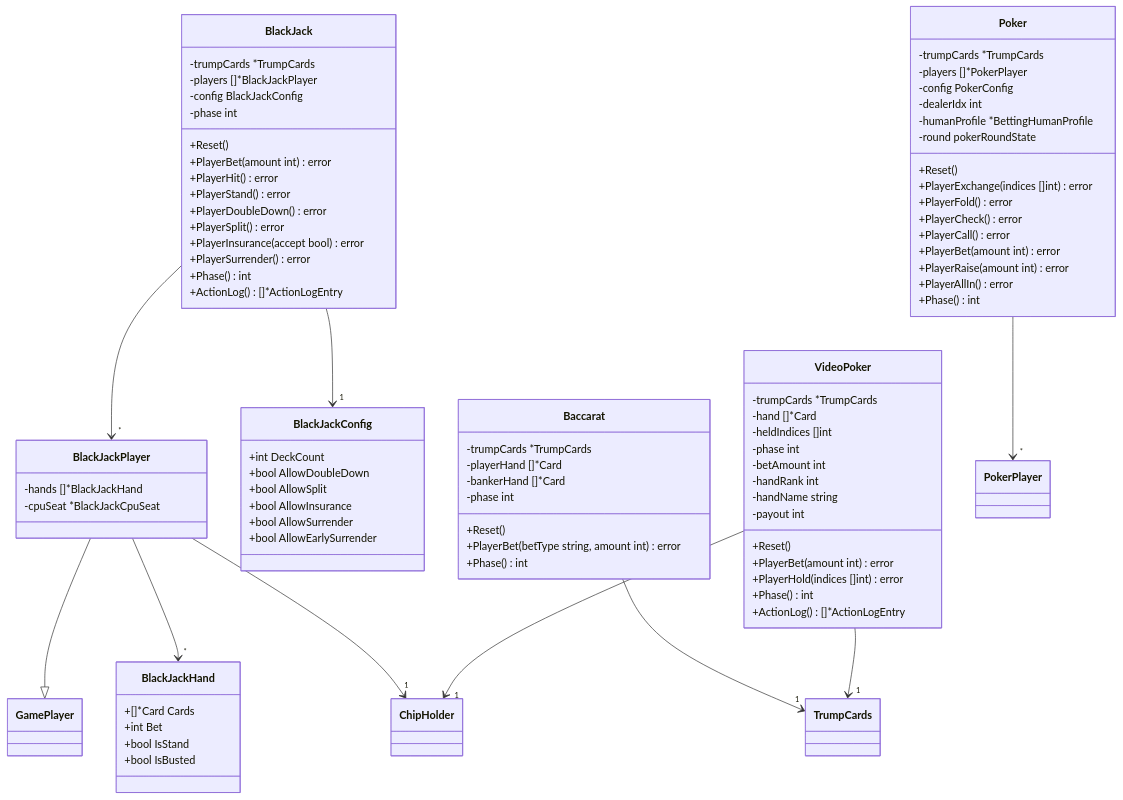
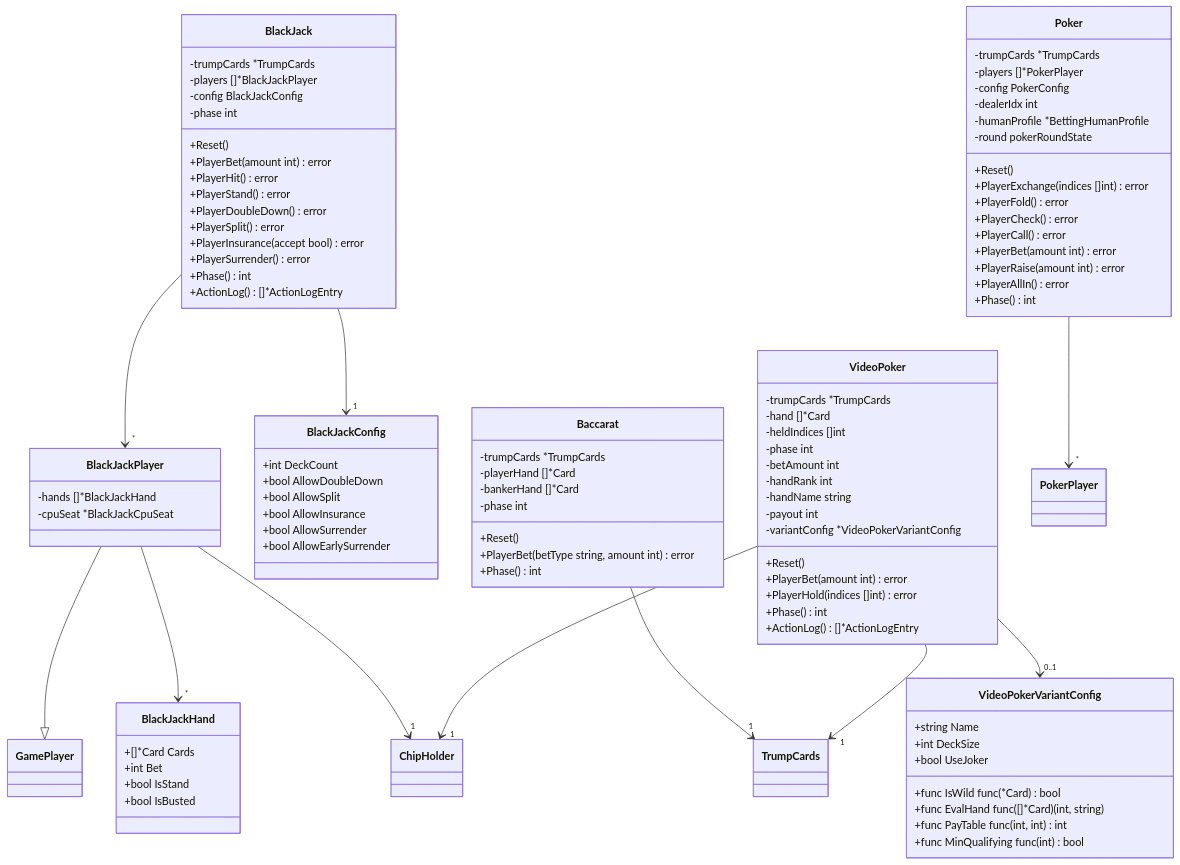
Before and after one commit to yuta-yoshinaga/go_trumpcards: the second of 32 diagrams in docs/design/backend.md, drawn with Mermaid. The commit also changed other lines of this file and 55 other files, not shown here.

First line of the commit message:
feat: add Deuces Wild and Joker Poker video poker variants (#903)

````diff
--- a/docs/design/backend.md
+++ b/docs/design/backend.md
@@ -182,11 +182,22 @@
         -handRank int
         -handName string
         -payout int
+        -variantConfig *VideoPokerVariantConfig
         +Reset()
         +PlayerBet(amount int) error
         +PlayerHold(indices []int) error
         +Phase() int
         +ActionLog() []*ActionLogEntry
+    }
+
+    class VideoPokerVariantConfig {
+        +string Name
+        +int DeckSize
+        +bool UseJoker
+        +func IsWild func(*Card) bool
+        +func EvalHand func([]*Card) (int, string)
+        +func PayTable func(int, int) int
+        +func MinQualifying func(int) bool
     }
 
     BlackJack --> "*" BlackJackPlayer
@@ -198,4 +209,5 @@
     Baccarat --> "1" TrumpCards
     VideoPoker --> "1" TrumpCards
     VideoPoker --> "1" ChipHolder
+    VideoPoker --> "0..1" VideoPokerVariantConfig
 ```
````
